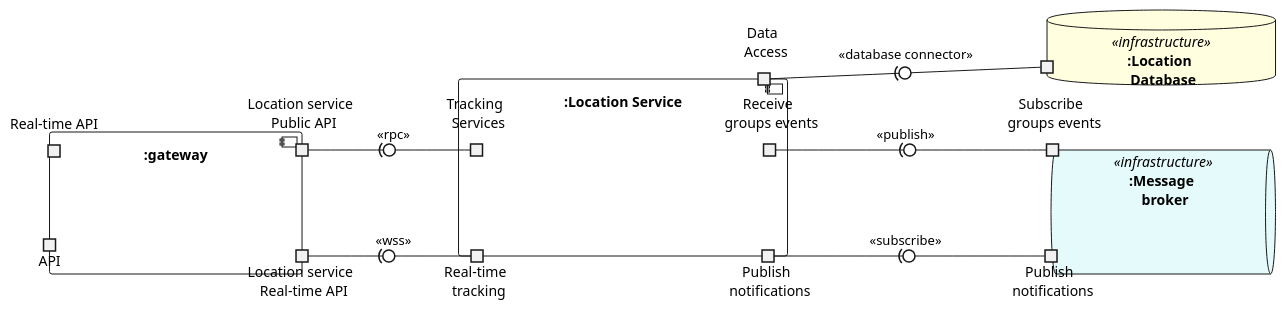
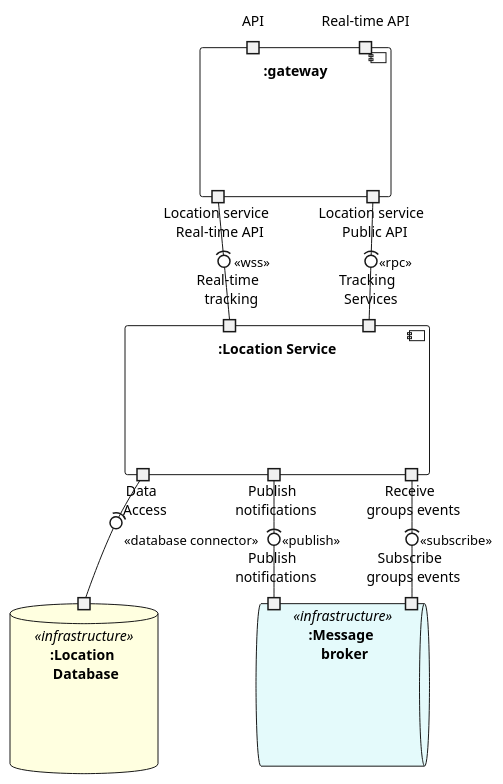
Before and after one commit to position-pal/Documentation: the first of 3 diagrams in content/docs/3-arch-design/2-architecture-design.md, drawn with PlantUML. The commit also changed 5 other files, not shown here.

````diff
--- a/content/docs/3-arch-design/2-architecture-design.md
+++ b/content/docs/3-arch-design/2-architecture-design.md
@@ -55,40 +55,39 @@
 ```plantuml
 @startuml arch-cc-location
 '========================== Styling =========================='
-left to right direction
 skinparam component {
     BackgroundColor<<external>> White
     BackgroundColor<<executable>> #e3f6e3
 }
 skinparam DatabaseBackgroundColor LightYellow
 skinparam QueueBackgroundColor #e4fafb
 '========================= Components ========================'
 component ":gateway" {
     portin "API" as GATEWAY_API
     portin "Real-time API" as GATEWAY_REALTIME
     portout "Location service \n Real-time API" as GATEWAY_LOC_REALTIME
     portout "Location service \n Public API" as GATEWAY_LOC_API
 }
 
 component ":Location Service" {
     portin "Real-time \n tracking" as LOC_REALTIME
     portin "Tracking \n Services" as LOC_TRACK
     portout "Data \n Access" as LOC_DA
     portout "Publish \n notifications" as LOC_PUB
     portout "Receive \n groups events" as LOC_SUB
 }
 GATEWAY_LOC_REALTIME -(0- LOC_REALTIME : <<wss>>
 GATEWAY_LOC_API -(0- LOC_TRACK : <<rpc>>
 database ":Location \n Database" as LOC_DB <<infrastructure>> {
     portin " " as LOC_DB_DA
 }
 LOC_DA -(0- LOC_DB_DA : <<database connector>>
 
 queue ":Message \n broker" <<infrastructure>> {
     portin "Publish \n notifications" as MB_PUB_NOTIF
     portin "Subscribe \n groups events" as MB_SUB_GRPS
 }
-LOC_PUB -(0- MB_PUB_NOTIF : <<subscribe>>
-LOC_SUB -(0- MB_SUB_GRPS : <<publish>>
+LOC_PUB -(0- MB_PUB_NOTIF : <<publish>>
+LOC_SUB -(0- MB_SUB_GRPS : <<subscribe>>
 @enduml
 ```
````
